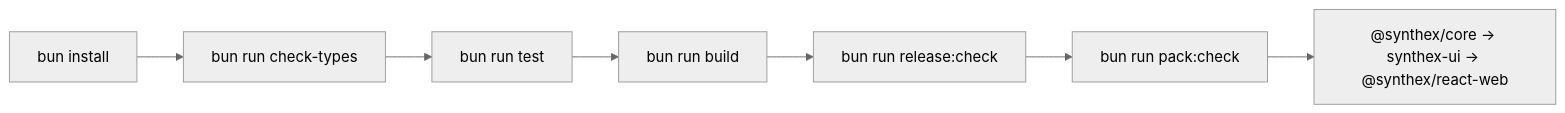
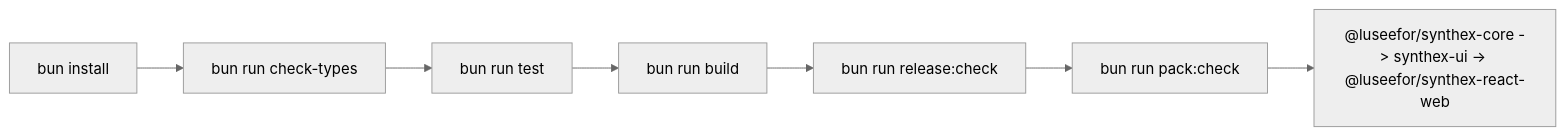
The eighth of 11 diagrams in docs/mermaid-architecture.md (Luseefor/synthex-ui), drawn with Mermaid (neutral theme) before and after one commit. The commit also changed other lines of this file and 35 other files, not shown here.

````diff
--- a/docs/mermaid-architecture.md
+++ b/docs/mermaid-architecture.md
@@ -146,9 +146,9 @@
 ```mermaid
 flowchart LR
   Install["bun install"] --> Typecheck["bun run check-types"]
   Typecheck --> Test["bun run test"]
   Test --> Build["bun run build"]
   Build --> ReleaseCheck["bun run release:check"]
   ReleaseCheck --> PackCheck["bun run pack:check"]
-  PackCheck --> Publish["@synthex/core -> synthex-ui -> @synthex/react-web"]
+  PackCheck --> Publish["@luseefor/synthex-core -> synthex-ui -> @luseefor/synthex-react-web"]
 ```
````
